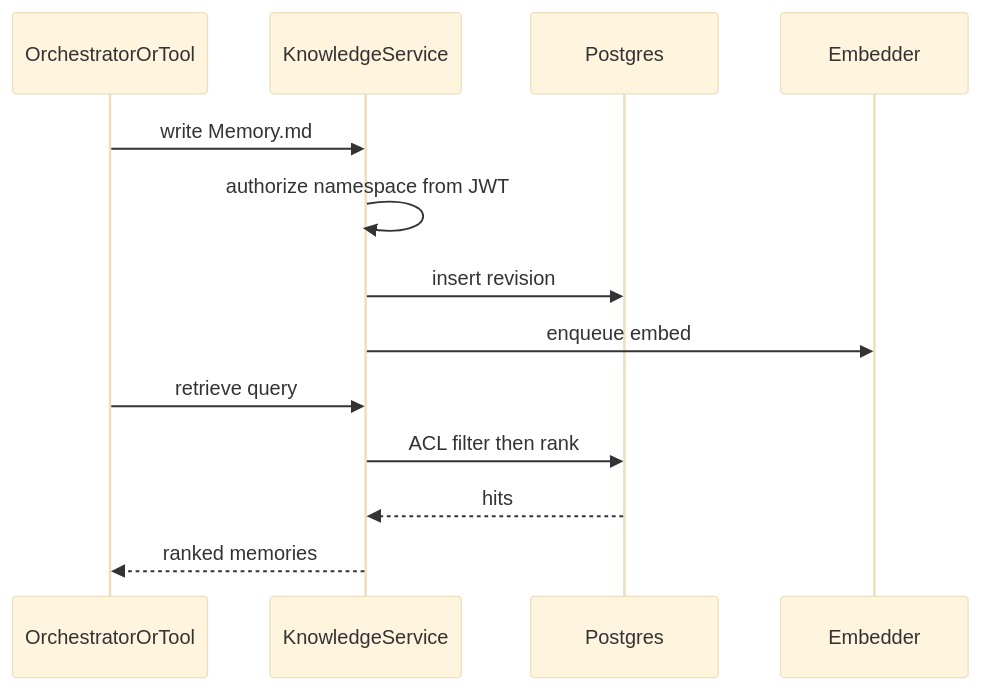
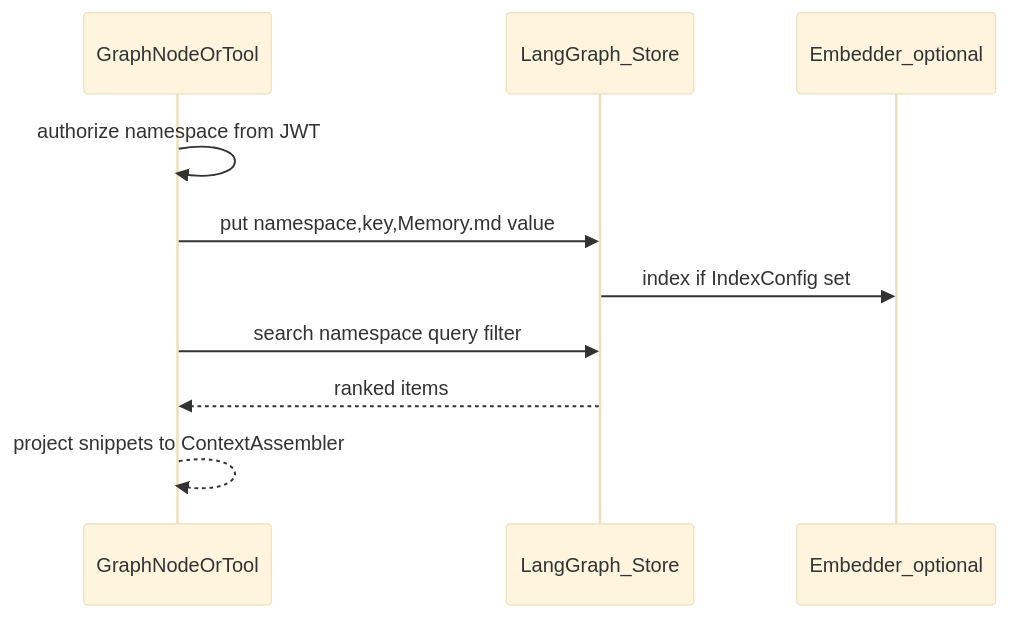
Before and after one commit to shivank22/ICE: the diagram in SKILLS/backend/assets/diagrams/05-semantic-write-read.mmd, drawn with Mermaid (base theme). The commit also changed 93 other files, not shown here.

```diff
--- a/SKILLS/backend/assets/diagrams/05-semantic-write-read.mmd
+++ b/SKILLS/backend/assets/diagrams/05-semantic-write-read.mmd
@@ -1,14 +1,11 @@
-%% Semantic write and read
+%% Semantic write and read via LangGraph Store
 sequenceDiagram
-  participant O as OrchestratorOrTool
-  participant K as KnowledgeService
-  participant DB as Postgres
-  participant E as Embedder
-  O->>K: write Memory.md
-  K->>K: authorize namespace from JWT
-  K->>DB: insert revision
-  K->>E: enqueue embed
-  O->>K: retrieve query
-  K->>DB: ACL filter then rank
-  DB-->>K: hits
-  K-->>O: ranked memories
+  participant N as GraphNodeOrTool
+  participant S as LangGraph_Store
+  participant E as Embedder_optional
+  N->>N: authorize namespace from JWT
+  N->>S: put namespace,key,Memory.md value
+  S->>E: index if IndexConfig set
+  N->>S: search namespace query filter
+  S-->>N: ranked items
+  N-->>N: project snippets to ContextAssembler
```
